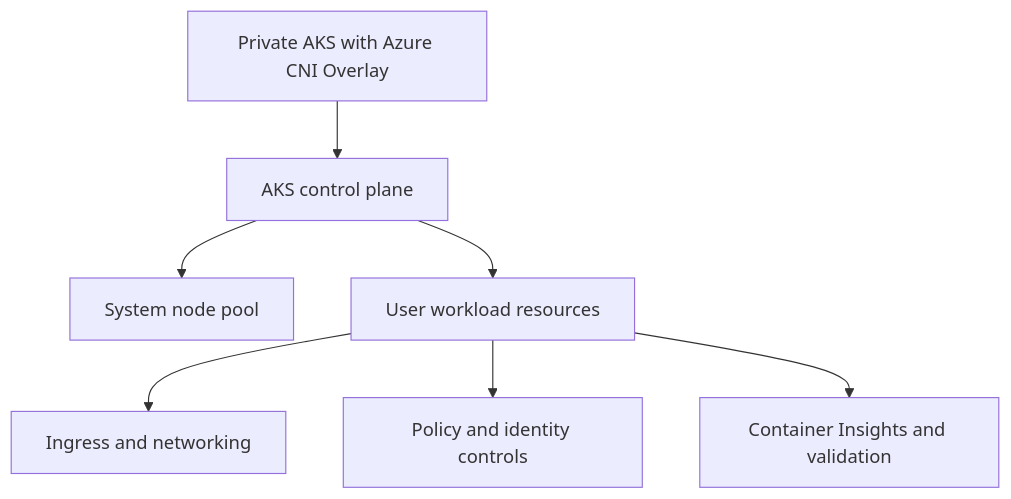
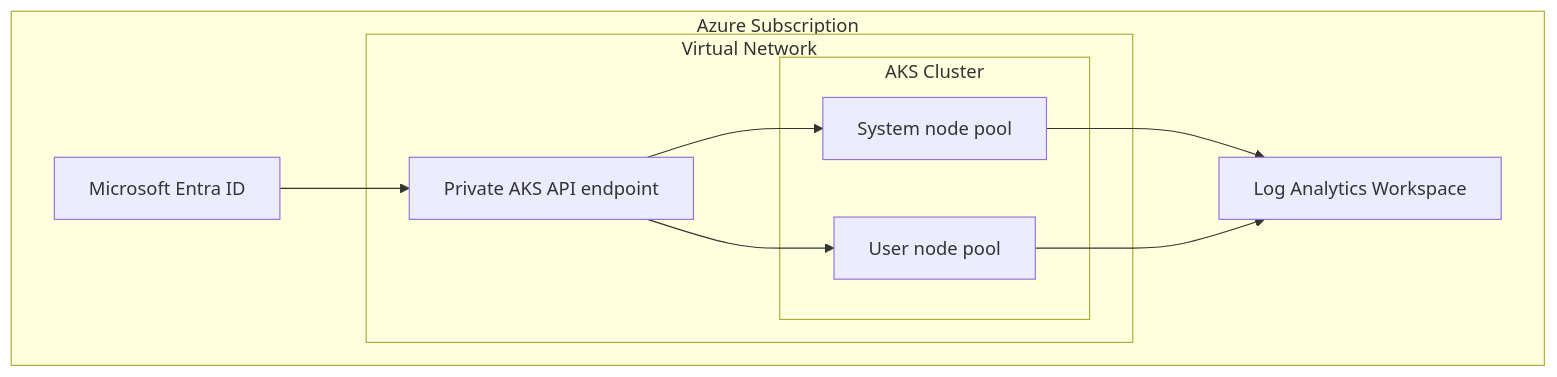
Before and after one commit to yeongseon/azure-kubernetes-service-practical-guide: the diagram in docs/tutorials/lab-guides/lab-01-aks-cluster-deployment.md, drawn with Mermaid. The commit also changed other lines of this file and 66 other files, not shown here.

First line of the commit message:
feat: add MSLearn source attribution to all 69 mermaid diagrams

````diff
--- a/docs/tutorials/lab-guides/lab-01-aks-cluster-deployment.md
+++ b/docs/tutorials/lab-guides/lab-01-aks-cluster-deployment.md
@@ -20,9 +35,19 @@
 ```mermaid
 flowchart TD
-    A[Private AKS with Azure CNI Overlay] --> B[AKS control plane]
-    B --> C[System node pool]
-    B --> D[User workload resources]
-    D --> E[Ingress and networking]
-    D --> F[Policy and identity controls]
-    D --> G[Container Insights and validation]
+    subgraph Azure Subscription
+        ENTRA[Microsoft Entra ID]
+        LA[Log Analytics Workspace]
+        subgraph Virtual Network
+            API[Private AKS API endpoint]
+            subgraph AKS Cluster
+                SYS[System node pool]
+                USER[User node pool]
+            end
+        end
+    end
+    ENTRA --> API
+    API --> SYS
+    API --> USER
+    SYS --> LA
+    USER --> LA
 ```
````
